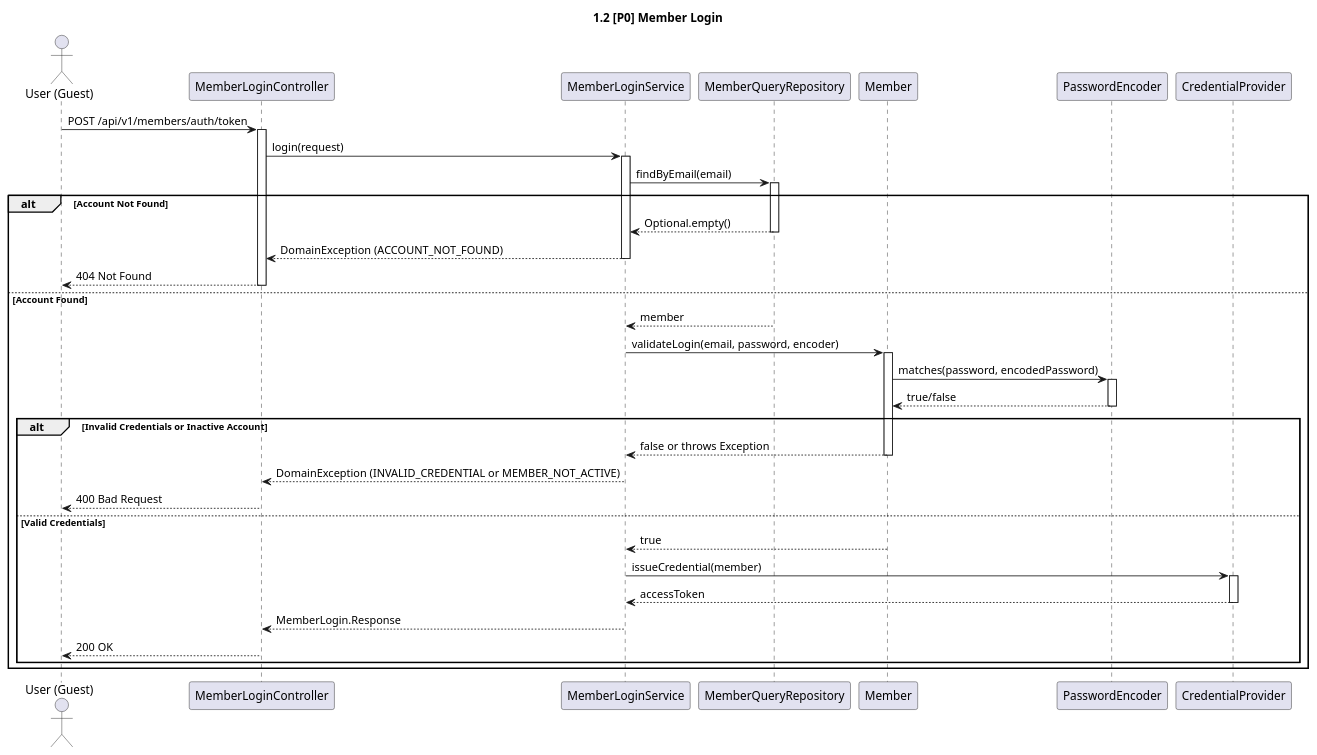
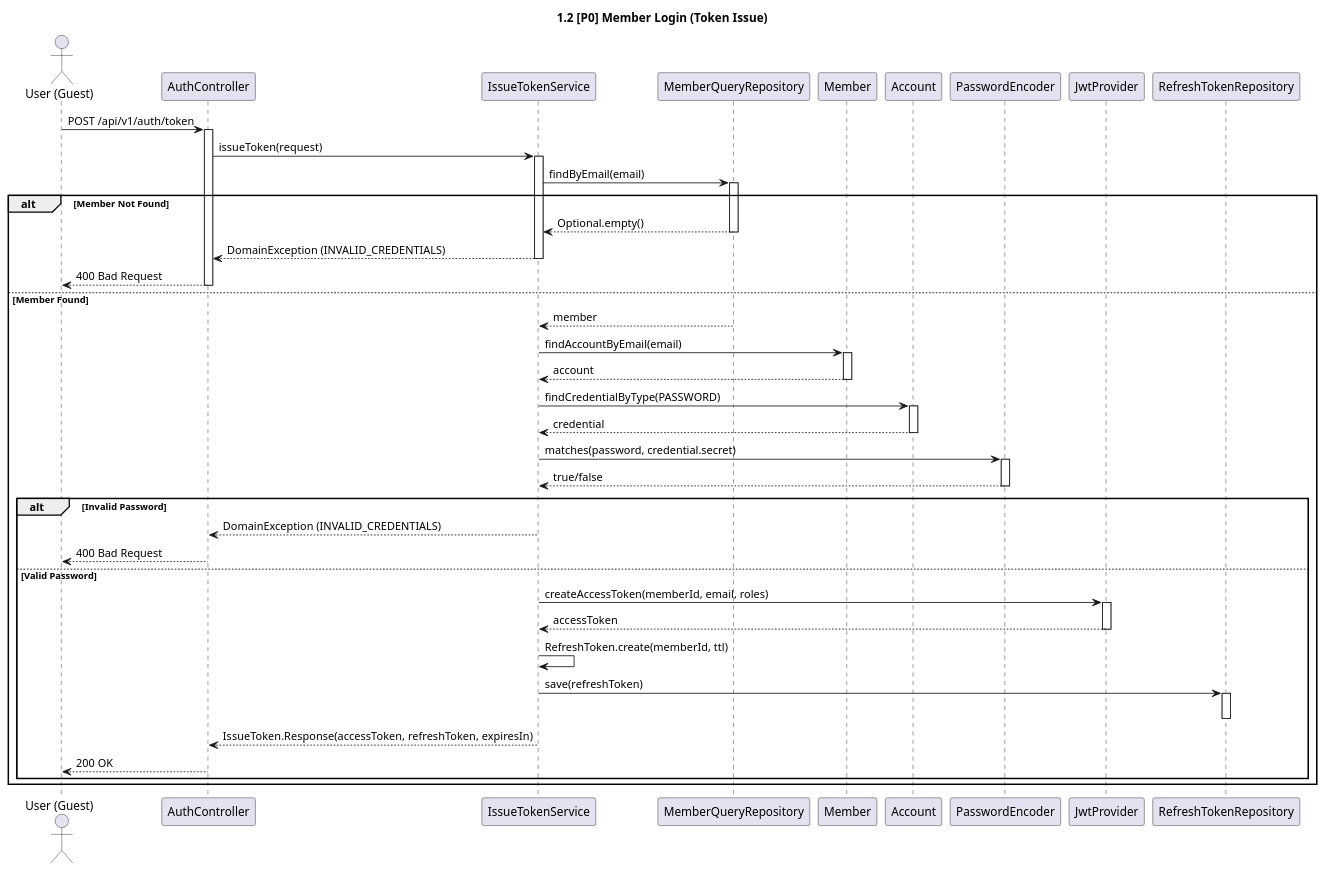
The diagram in docs/sequences/1.2_member_login.puml (f-lab-edu/learning-manager), drawn with PlantUML before and after one commit. The commit also changed 16 other files, not shown here.

```diff
--- a/docs/sequences/1.2_member_login.puml
+++ b/docs/sequences/1.2_member_login.puml
@@ -1,62 +1,74 @@
 @startuml
 
-title 1.2 [P0] Member Login
+title 1.2 [P0] Member Login (Token Issue)
 
 actor "User (Guest)" as User
-participant "MemberLoginController" as Controller
-participant "MemberLoginService" as AppService
+participant "AuthController" as Controller
+participant "IssueTokenService" as AppService
 participant "MemberQueryRepository" as QueryRepo
 participant "Member" as MemberDomain
+participant "Account" as AccountDomain
 participant "PasswordEncoder" as Encoder
-participant "CredentialProvider" as CredentialProvider
+participant "JwtProvider" as JwtProvider
+participant "RefreshTokenRepository" as RefreshTokenRepo
 
-User -> Controller: POST /api/v1/members/auth/token
+User -> Controller: POST /api/v1/auth/token
 activate Controller
 
-Controller -> AppService: login(request)
+Controller -> AppService: issueToken(request)
 activate AppService
 
 AppService -> QueryRepo: findByEmail(email)
 activate QueryRepo
-alt Account Not Found
+alt Member Not Found
     QueryRepo --> AppService: Optional.empty()
     deactivate QueryRepo
-    AppService --> Controller: DomainException (ACCOUNT_NOT_FOUND)
+    AppService --> Controller: DomainException (INVALID_CREDENTIALS)
     deactivate AppService
-    Controller --> User: 404 Not Found
+    Controller --> User: 400 Bad Request
     deactivate Controller
-else Account Found
+else Member Found
     QueryRepo --> AppService: member
     deactivate QueryRepo
 
-    AppService -> MemberDomain: validateLogin(email, password, encoder)
+    AppService -> MemberDomain: findAccountByEmail(email)
     activate MemberDomain
-    MemberDomain -> Encoder: matches(password, encodedPassword)
+    MemberDomain --> AppService: account
+    deactivate MemberDomain
+
+    AppService -> AccountDomain: findCredentialByType(PASSWORD)
+    activate AccountDomain
+    AccountDomain --> AppService: credential
+    deactivate AccountDomain
+
+    AppService -> Encoder: matches(password, credential.secret)
     activate Encoder
-    Encoder --> MemberDomain: true/false
+    Encoder --> AppService: true/false
     deactivate Encoder
-    alt Invalid Credentials or Inactive Account
-        MemberDomain --> AppService: false or throws Exception
-        deactivate MemberDomain
-        AppService --> Controller: DomainException (INVALID_CREDENTIAL or MEMBER_NOT_ACTIVE)
+
+    alt Invalid Password
+        AppService --> Controller: DomainException (INVALID_CREDENTIALS)
         deactivate AppService
         Controller --> User: 400 Bad Request
         deactivate Controller
-    else Valid Credentials
-        MemberDomain --> AppService: true
-        deactivate MemberDomain
+    else Valid Password
+        AppService -> JwtProvider: createAccessToken(memberId, email, roles)
+        activate JwtProvider
+        JwtProvider --> AppService: accessToken
+        deactivate JwtProvider
 
-        AppService -> CredentialProvider: issueCredential(member)
-        activate CredentialProvider
-        CredentialProvider --> AppService: accessToken
-        deactivate CredentialProvider
+        AppService -> AppService: RefreshToken.create(memberId, ttl)
 
-        AppService --> Controller: MemberLogin.Response
+        AppService -> RefreshTokenRepo: save(refreshToken)
+        activate RefreshTokenRepo
+        deactivate RefreshTokenRepo
+
+        AppService --> Controller: IssueToken.Response(accessToken, refreshToken, expiresIn)
         deactivate AppService
 
         Controller --> User: 200 OK
         deactivate Controller
     end
 end
 
 @enduml
```
